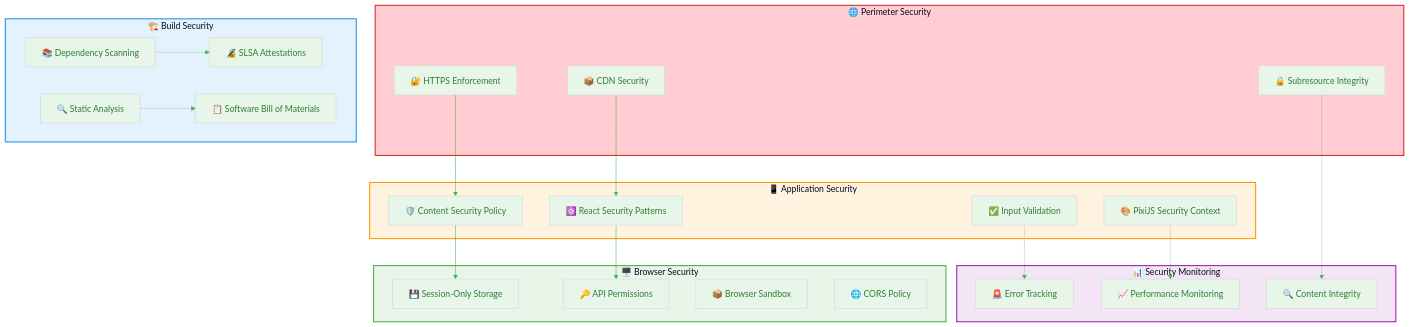
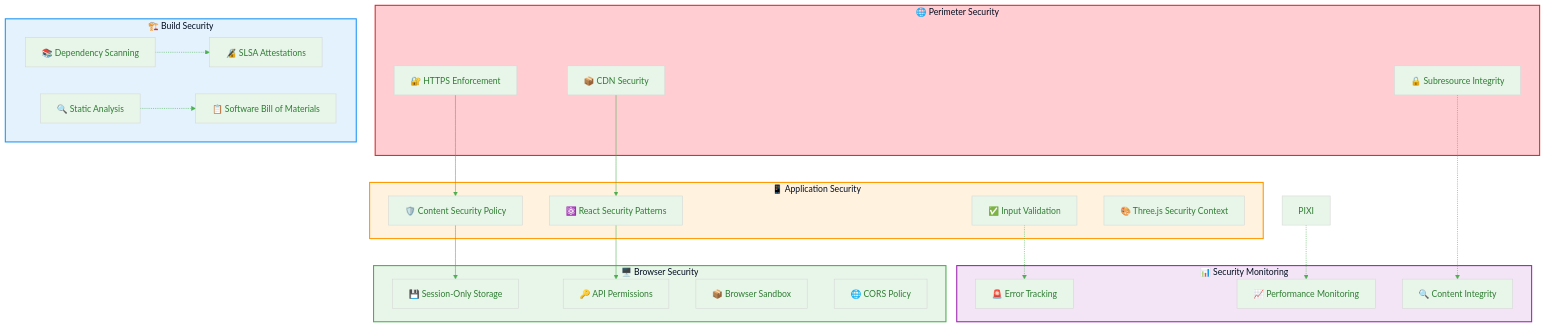
One commit to Hack23/blacktrigram changed the fifth of 7 diagrams in THREAT_MODEL.md. Above: the diagram before and after it, drawn with Mermaid. The commit also changed other lines of this file and 22 other files, not shown here.

Commit message:
Refactor architecture documentation to replace PixiJS with Three.js, update threat model analysis, and enhance CI/CD workflows for improved security compliance

````diff
--- a/THREAT_MODEL.md
+++ b/THREAT_MODEL.md
@@ -441,65 +441,65 @@
 ```mermaid
 %%{
   init: {
     'theme': 'base',
     'themeVariables': {
       'primaryColor': '#e8f5e9',
       'primaryTextColor': '#2e7d32',
       'lineColor': '#4caf50',
       'secondaryColor': '#e3f2fd',
       'tertiaryColor': '#fff3e0'
     }
   }
 }%%
 flowchart TB
     subgraph PERIMETER["🌐 Perimeter Security"]
         HTTPS[🔐 HTTPS Enforcement]
         CDN[📦 CDN Security]
         SRI[🔒 Subresource Integrity]
     end
 
     subgraph APPLICATION["📱 Application Security"]
         CSP[🛡️ Content Security Policy]
         REACT[⚛️ React Security Patterns]
         INPUT[✅ Input Validation]
-        PIXI[🎨 PixiJS Security Context]
+        THREE[🎨 Three.js Security Context]
     end
 
     subgraph BROWSER["🖥️ Browser Security"]
         STORAGE[💾 Session-Only Storage]
         PERMISSIONS[🔑 API Permissions]
         SANDBOX[📦 Browser Sandbox]
         CORS[🌐 CORS Policy]
     end
 
     subgraph PIPELINE["🏗️ Build Security"]
         DEPS[📚 Dependency Scanning]
         SLSA[🔏 SLSA Attestations]
         SAST[🔍 Static Analysis]
         SBOM[📋 Software Bill of Materials]
     end
 
     subgraph MONITORING["📊 Security Monitoring"]
         PERFORMANCE[📈 Performance Monitoring]
         ERRORS[🚨 Error Tracking]
         INTEGRITY[🔍 Content Integrity]
     end
 
     HTTPS --> CSP
     CDN --> REACT
     CSP --> STORAGE
     REACT --> PERMISSIONS
 
     SRI -.-> INTEGRITY
     INPUT -.-> ERRORS
     PIXI -.-> PERFORMANCE
 
     DEPS -.-> SLSA
     SAST -.-> SBOM
 
     style PERIMETER fill:#ffcdd2,stroke:#d32f2f,stroke-width:2px
     style APPLICATION fill:#fff3e0,stroke:#ff9800,stroke-width:2px
     style BROWSER fill:#e8f5e9,stroke:#4caf50,stroke-width:2px
     style PIPELINE fill:#e3f2fd,stroke:#2196f3,stroke-width:2px
     style MONITORING fill:#f3e5f5,stroke:#9c27b0,stroke-width:2px
 ```
````
